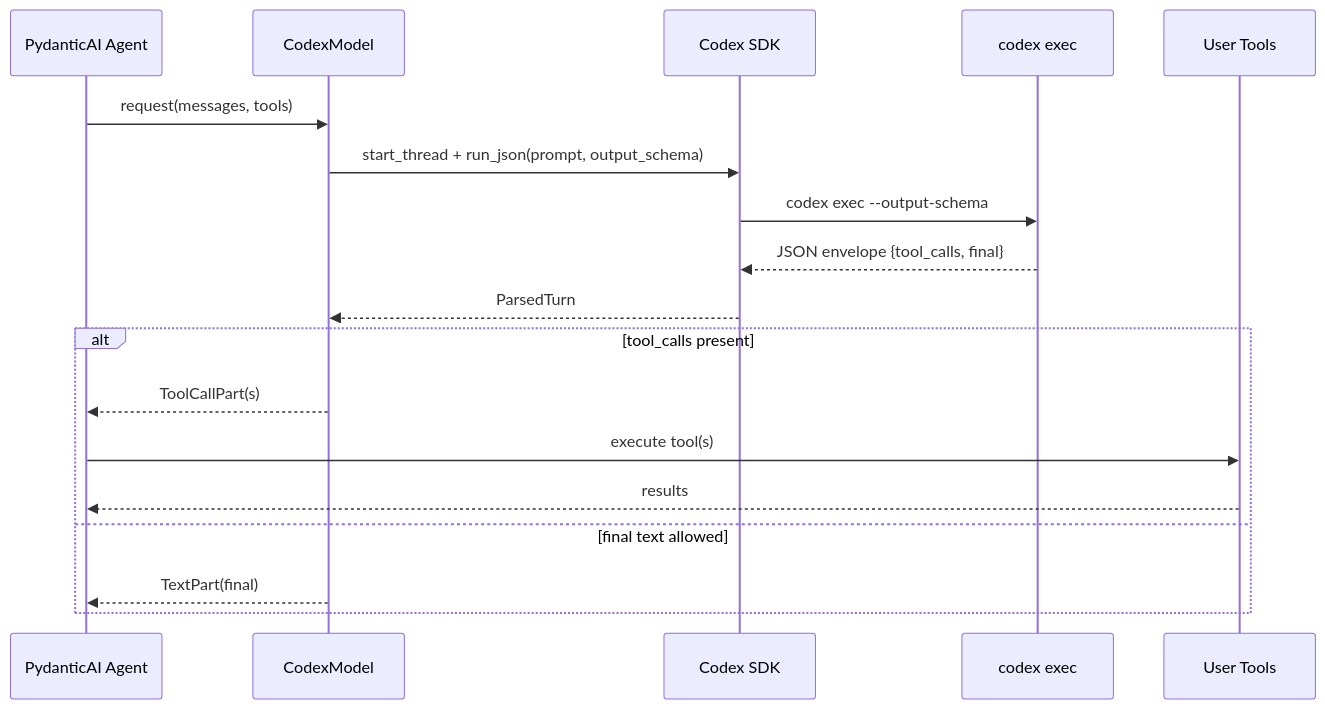
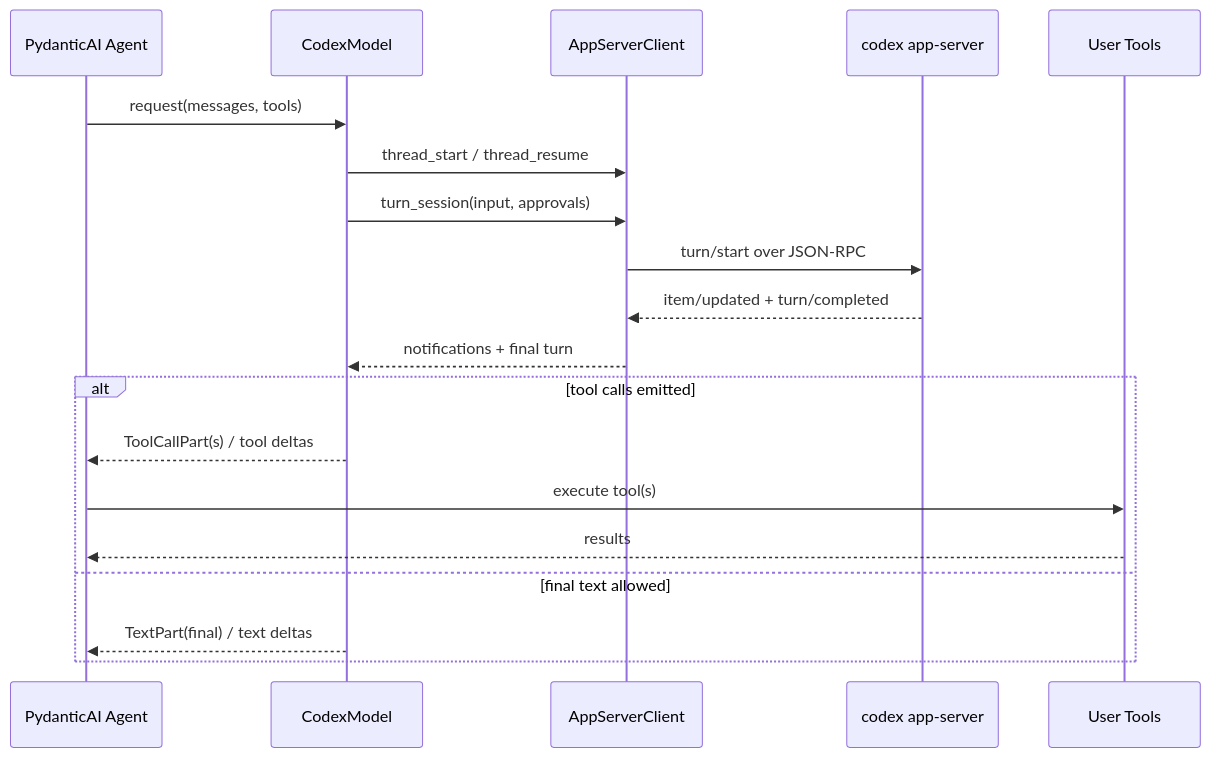
The third of 4 diagrams in README.md (vectorfy-co/codex-sdk-python), drawn with Mermaid before and after one commit. The commit also changed other lines of this file and 7 other files, not shown here.

````diff
--- a/README.md
+++ b/README.md
@@ -804,21 +816,22 @@
 ```mermaid
 sequenceDiagram
   participant Agent as PydanticAI Agent
   participant Model as CodexModel
-  participant SDK as Codex SDK
-  participant CLI as codex exec
+  participant App as AppServerClient
+  participant CLI as codex app-server
   participant Tools as User Tools
 
   Agent->>Model: request(messages, tools)
-  Model->>SDK: start_thread + run_json(prompt, output_schema)
-  SDK->>CLI: codex exec --output-schema
-  CLI-->>SDK: JSON envelope {tool_calls, final}
-  SDK-->>Model: ParsedTurn
-  alt tool_calls present
-    Model-->>Agent: ToolCallPart(s)
+  Model->>App: thread_start / thread_resume
+  Model->>App: turn_session(input, approvals)
+  App->>CLI: turn/start over JSON-RPC
+  CLI-->>App: item/updated + turn/completed
+  App-->>Model: notifications + final turn
+  alt tool calls emitted
+    Model-->>Agent: ToolCallPart(s) / tool deltas
     Agent->>Tools: execute tool(s)
     Tools-->>Agent: results
   else final text allowed
-    Model-->>Agent: TextPart(final)
+    Model-->>Agent: TextPart(final) / text deltas
   end
 ```
````
